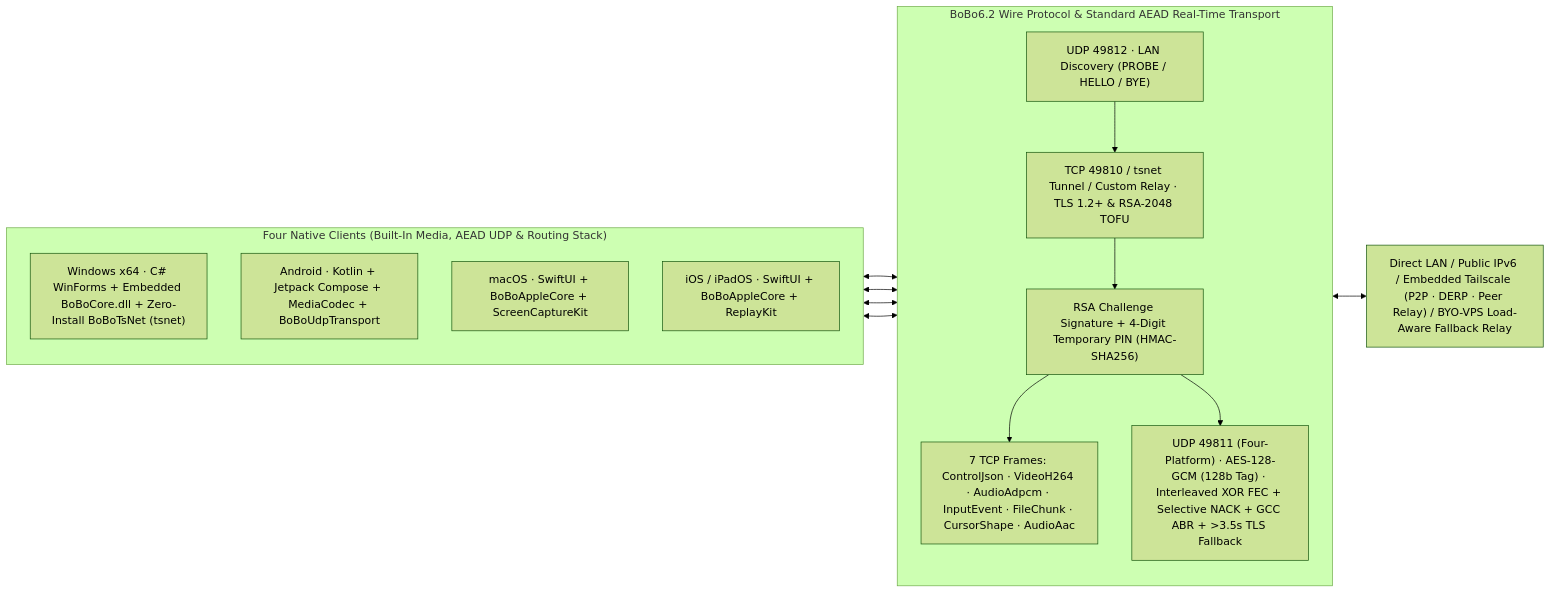
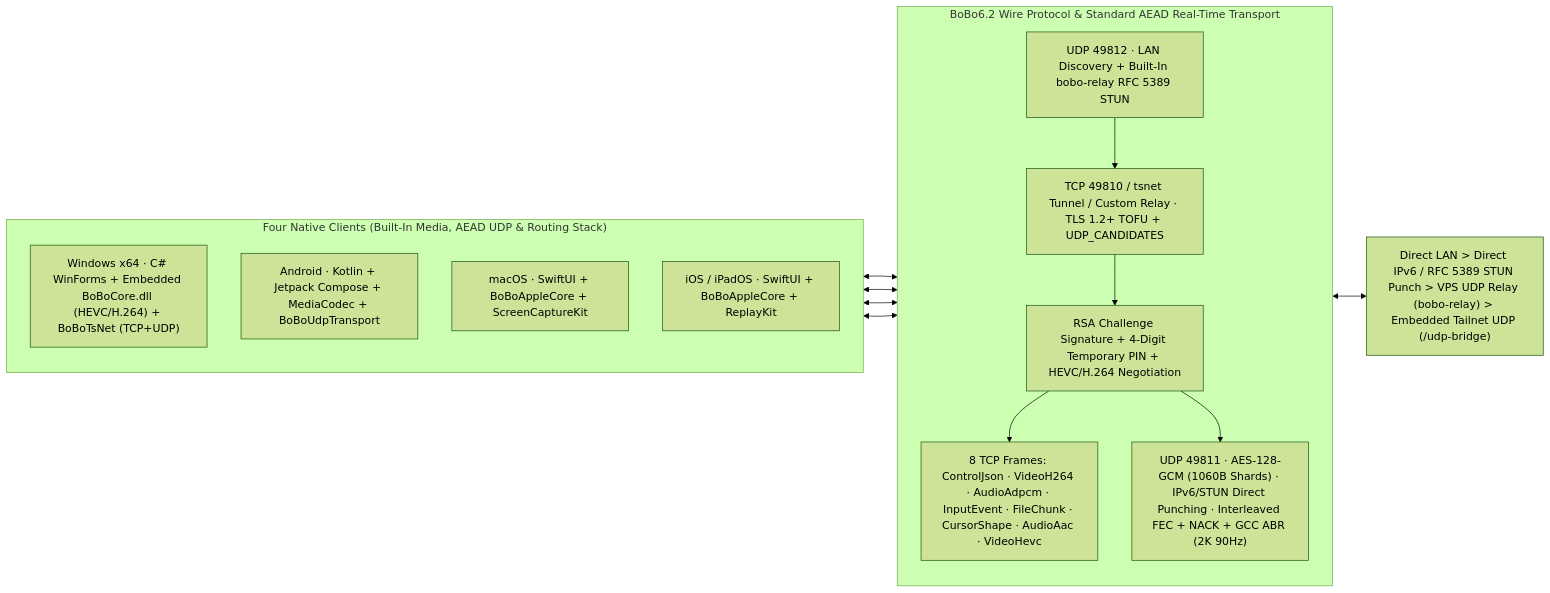
The diagram in README.en.md (Gluxggg/BoBo-Remote), drawn with Mermaid (forest theme) before and after one commit. The commit also changed other lines of this file and 32 other files, not shown here.

Commit message:
feat: v7.4.0 cross-network IPv6/STUN punching, tsnet/relay UDP, H.265 & 2K 90Hz anti-freeze

````diff
--- a/README.en.md
+++ b/README.en.md
@@ -112,29 +115,29 @@
 ```mermaid
 flowchart LR
   subgraph CLIENTS["Four Native Clients (Built-In Media, AEAD UDP & Routing Stack)"]
     direction TB
-    WIN["Windows x64 · C# WinForms + Embedded BoBoCore.dll + Zero-Install BoBoTsNet (tsnet)"]
+    WIN["Windows x64 · C# WinForms + Embedded BoBoCore.dll (HEVC/H.264) + BoBoTsNet (TCP+UDP)"]
     AND["Android · Kotlin + Jetpack Compose + MediaCodec + BoBoUdpTransport"]
     MAC["macOS · SwiftUI + BoBoAppleCore + ScreenCaptureKit"]
     IOS["iOS / iPadOS · SwiftUI + BoBoAppleCore + ReplayKit"]
   end
 
   subgraph PROTO["BoBo6.2 Wire Protocol & Standard AEAD Real-Time Transport"]
     direction TB
-    DISC["UDP 49812 · LAN Discovery (PROBE / HELLO / BYE)"]
-    TLS["TCP 49810 / tsnet Tunnel / Custom Relay · TLS 1.2+ & RSA-2048 TOFU"]
-    AUTH["RSA Challenge Signature + 4-Digit Temporary PIN (HMAC-SHA256)"]
-    FRAMES["7 TCP Frames: ControlJson · VideoH264 · AudioAdpcm · InputEvent · FileChunk · CursorShape · AudioAac"]
-    UDP["UDP 49811 (Four-Platform) · AES-128-GCM (128b Tag) · Interleaved XOR FEC + Selective NACK + GCC ABR + >3.5s TLS Fallback"]
+    DISC["UDP 49812 · LAN Discovery + Built-In bobo-relay RFC 5389 STUN"]
+    TLS["TCP 49810 / tsnet Tunnel / Custom Relay · TLS 1.2+ TOFU + UDP_CANDIDATES"]
+    AUTH["RSA Challenge Signature + 4-Digit Temporary PIN + HEVC/H.264 Negotiation"]
+    FRAMES["8 TCP Frames: ControlJson · VideoH264 · AudioAdpcm · InputEvent · FileChunk · CursorShape · AudioAac · VideoHevc"]
+    UDP["UDP 49811 · AES-128-GCM (1060B Shards) · IPv6/STUN Direct Punching · Interleaved FEC + NACK + GCC ABR (2K 90Hz)"]
     DISC --> TLS --> AUTH --> FRAMES
     AUTH --> UDP
   end
 
-  NET["Direct LAN / Public IPv6 / Embedded Tailscale (P2P · DERP · Peer Relay) / BYO-VPS Load-Aware Fallback Relay"]
+  NET["Direct LAN > Direct IPv6 / RFC 5389 STUN Punch > VPS UDP Relay (bobo-relay) > Embedded Tailnet UDP (/udp-bridge)"]
 
   WIN <--> PROTO
   AND <--> PROTO
   MAC <--> PROTO
   IOS <--> PROTO
   PROTO <--> NET
 ```
````
